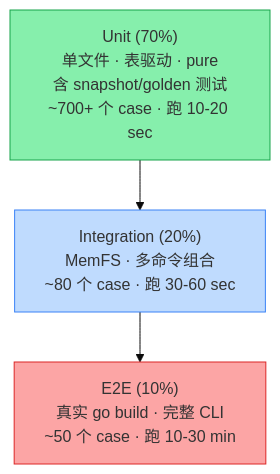
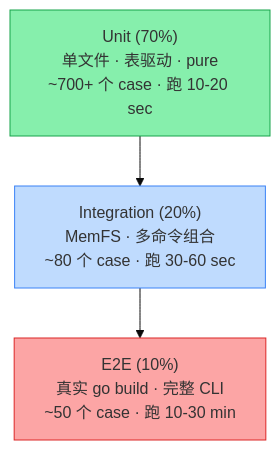
One commit to clin211/linctl changed the diagram in docs/12-testing-strategy.md. Above: the diagram before and after it, drawn with Mermaid (base theme). The commit also changed other lines of this file and 387 other files, not shown here.

````diff
--- a/docs/12-testing-strategy.md
+++ b/docs/12-testing-strategy.md
@@ -19,16 +18,16 @@
 ```mermaid
 flowchart TD
     E2E["E2E (10%)<br/>真实 go build · 完整 CLI<br/>~50 个 case · 跑 10-30 min"]
     Integration["Integration (20%)<br/>MemFS · 多命令组合<br/>~80 个 case · 跑 30-60 sec"]
-    Unit["Unit (70%)<br/>单文件 · 表驱动 · pure<br/>含 snapshot/golden 测试<br/>~700+ 个 case · 跑 10-20 sec"]
+    Unit["Unit (70%)<br/>单文件 · 表驱动 · pure<br/>~700+ 个 case · 跑 10-20 sec"]
 
     Unit --> Integration --> E2E
 
     classDef l1 fill:#86efac,stroke:#16a34a
     classDef l2 fill:#bfdbfe,stroke:#3b82f6
     classDef l3 fill:#fca5a5,stroke:#dc2626
 
     class Unit l1
     class Integration l2
     class E2E l3
 ```
````
